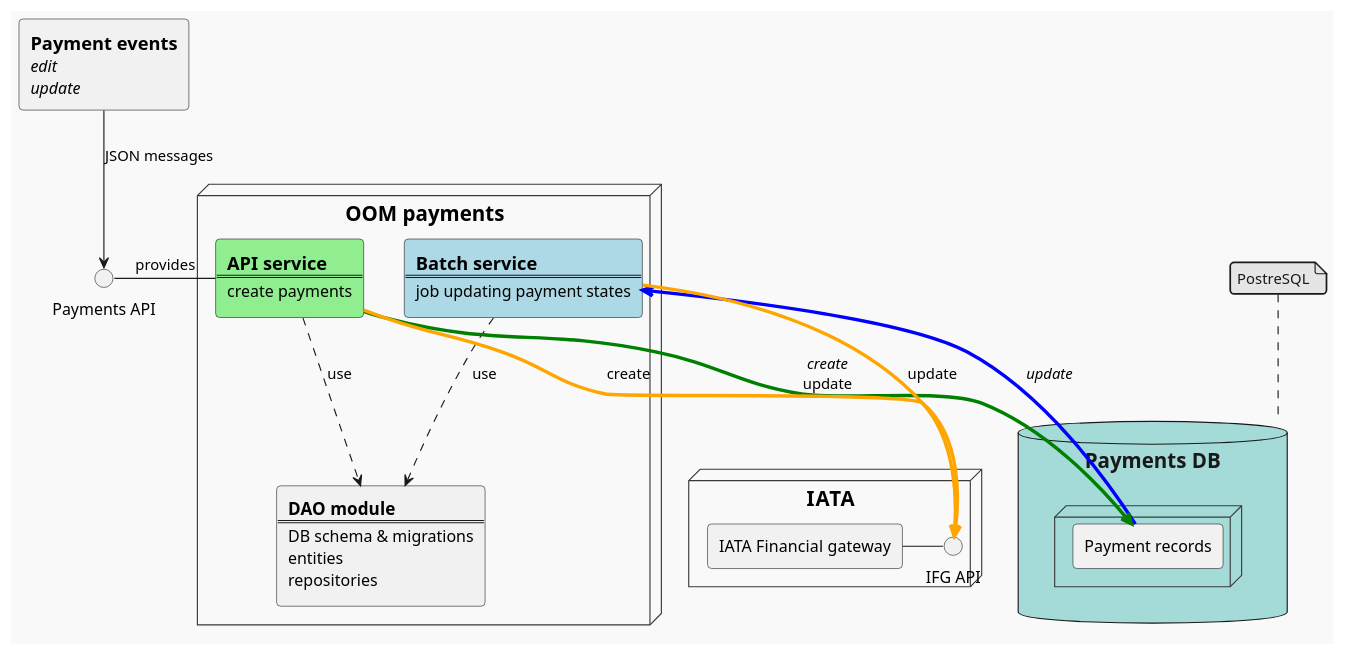
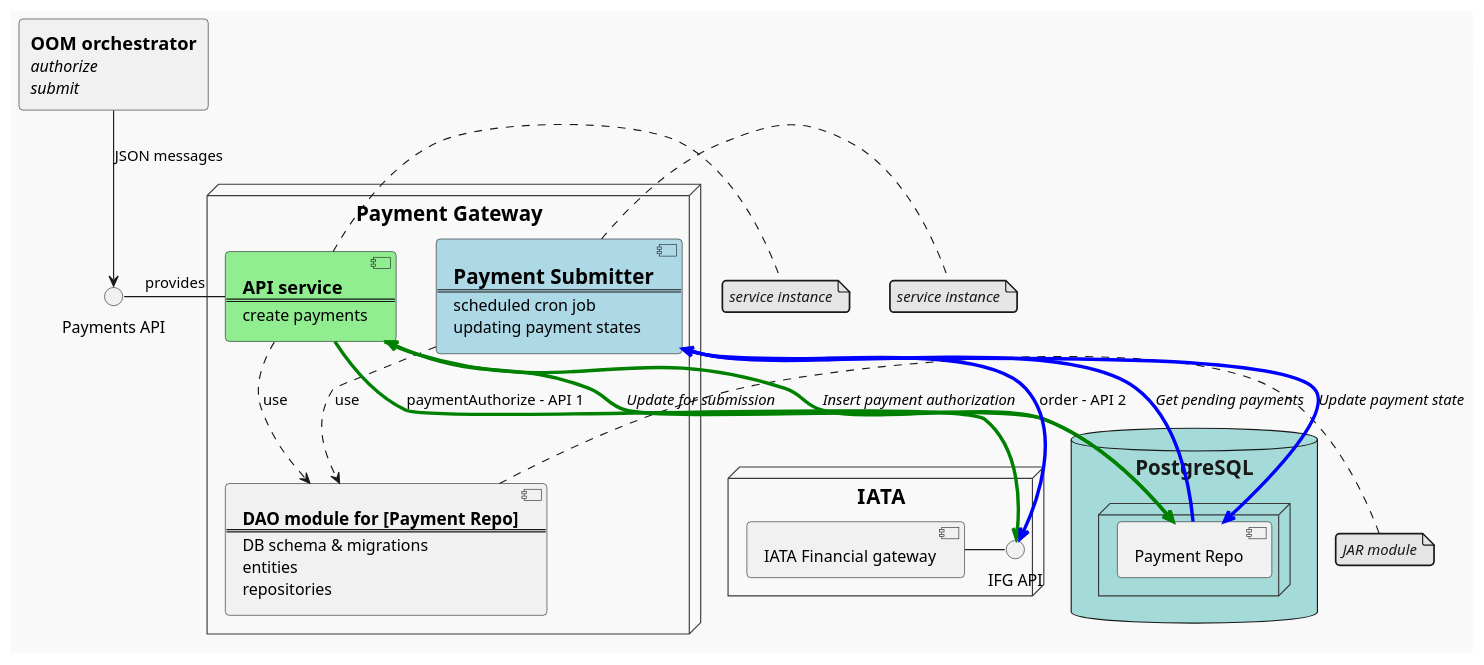
Before and after one commit to tzetzost/dict: the diagram in OOM Payments.puml, drawn with PlantUML.

Commit message:
diagram updates

```diff
--- a/OOM Payments.puml
+++ b/OOM Payments.puml
@@ -1,65 +1,77 @@
 @startuml
 !theme mars
 '!theme sunlust
 '!theme sketchy-outline
 '!theme carbon-gray
 '!theme vibrant
 
-skinparam componentStyle rectangle
+'skinparam componentStyle rectangle
 
 interface "Payments API" as PayAPI
 
 
-node "=OOM payments" {
+node "=Payment Gateway" {
 
   component APIService #lightgreen [
     ==API service
     ====
     create payments
   ]
 
 component DAOModule [
-    ===DAO module
+    ===DAO module for [Payment Repo]
     ====
     DB schema & migrations
     entities
     repositories
   ]
 
   component BatchService #lightblue[
-    ==Batch service
+    =Payment Submitter
     ====
-    job updating payment states
+    scheduled cron job
+    updating payment states
   ]
 
   PayAPI - APIService : provides
   APIService ..>  DAOModule  : use
   BatchService ..>  DAOModule  : use
 }
 
-database "=Payments DB" as DB {
+database "=PostgreSQL" as DB {
   node {
-    [Payment records]
+    [Payment Repo]
   }
 }
 
 node "=IATA"{
   interface "IFG API" as IFGAPI
   [IATA Financial gateway] as IATAIFG
   IATAIFG - IFGAPI
 }
 
-agent "==Payment events\n====edit\n====update" as payevent
+agent "==OOM orchestrator\n====authorize\n====submit" as payevent
 
 payevent --> PayAPI : JSON messages
 
-note top of DB
-  PostreSQL
+note right of APIService
+  ====service instance
 end note
 
-BatchService <-[thickness=3,#blue]- [Payment records] : ====update
-APIService -[thickness=3,#green]-> [Payment records] : ====create\nupdate
-APIService -[thickness=3,#orange]-> IFGAPI : create
-BatchService -[thickness=3,#orange]-> IFGAPI : update
+note right of BatchService
+  ====service instance
+end note
+
+note right of DAOModule
+  ====JAR module
+end note
+
+BatchService <-[thickness=3,#blue]- [Payment Repo] : ====Get pending payments
+BatchService -[thickness=3,#blue]-> [Payment Repo] : ====Update payment state
+APIService -[thickness=3,#green]-> [Payment Repo] : ====Insert payment authorization
+APIService <-[thickness=3,#green]-> [Payment Repo] : ====Update for submission
+
+APIService -[thickness=3,#green]-> IFGAPI : paymentAuthorize - API 1
+BatchService -[thickness=3,#blue]-> IFGAPI : order - API 2
 
 @enduml
```
